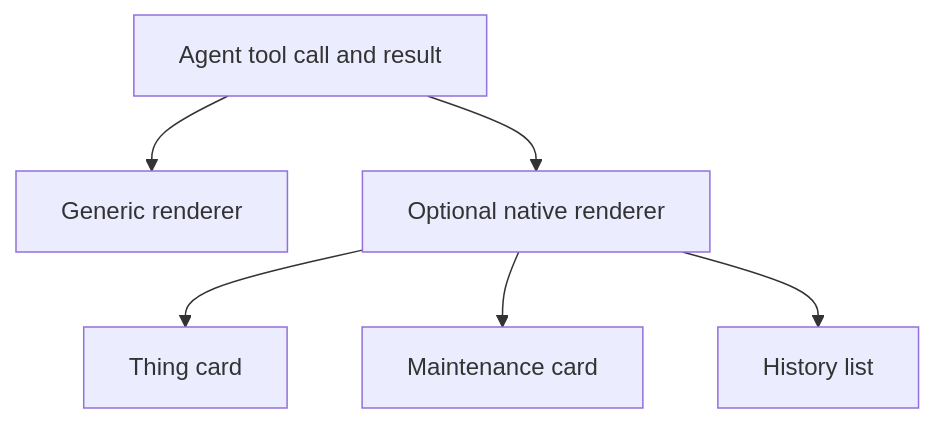
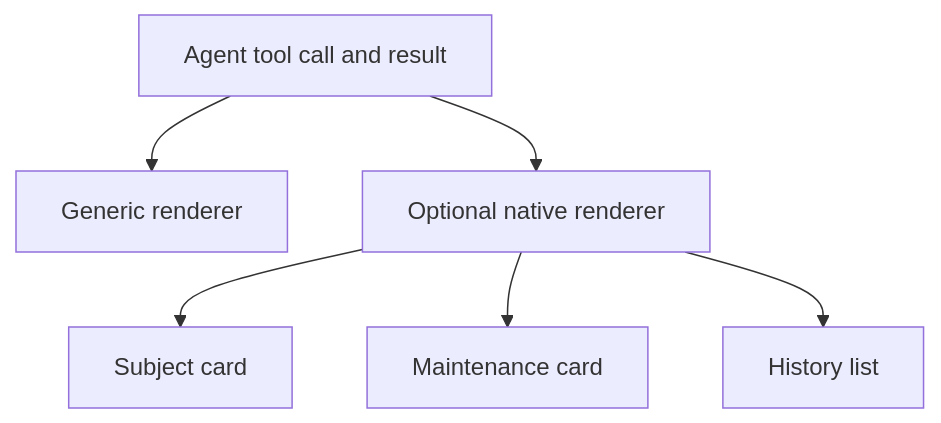
The eighth of 9 diagrams in vision.md (deodad/moe), drawn with Mermaid before and after one commit. The commit also changed other lines of this file and 94 other files, not shown here.

````diff
--- a/vision.md
+++ b/vision.md
@@ -213,8 +213,8 @@
 ```mermaid
 flowchart TD
     A[Agent tool call and result] --> G[Generic renderer]
     A --> N[Optional native renderer]
-    N --> TC[Thing card]
+    N --> TC[Subject card]
     N --> MC[Maintenance card]
     N --> HL[History list]
 ```
````
